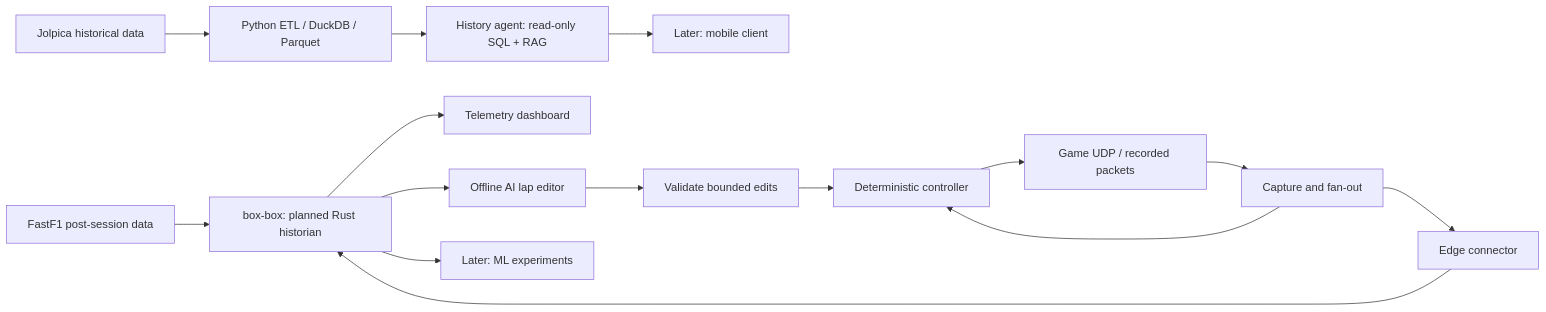
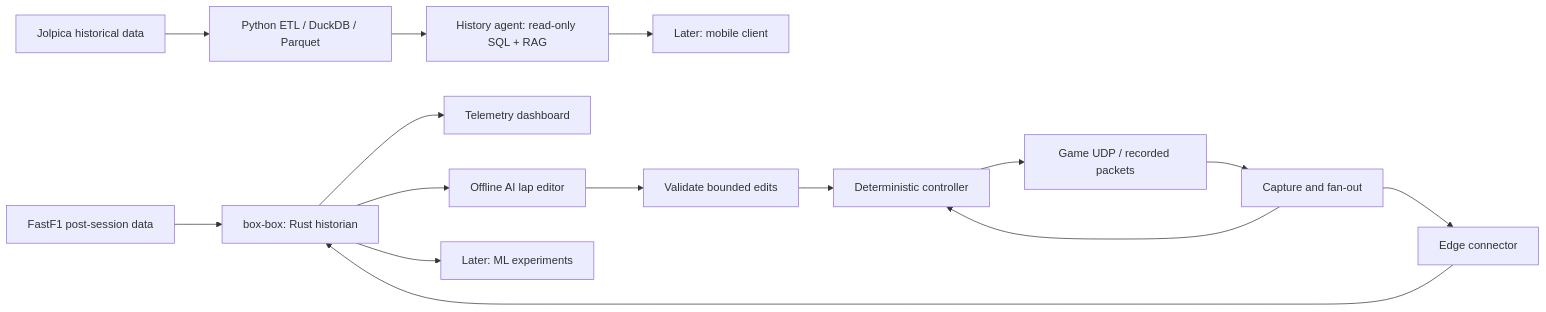
Before and after one commit to deepcode-data-intelligence/f1-portfolio: the diagram in README.md, drawn with Mermaid. The commit also changed other lines of this file and 17 other files, not shown here.

````diff
--- a/README.md
+++ b/README.md
@@ -15,17 +15,17 @@
 ```mermaid
 flowchart LR
  J[Jolpica historical data] --> E[Python ETL / DuckDB / Parquet]
  E --> A[History agent: read-only SQL + RAG]
- F[FastF1 post-session data] --> H[box-box: planned Rust historian]
+ F[FastF1 post-session data] --> H[box-box: Rust historian]
  G[Game UDP / recorded packets] --> C[Capture and fan-out]
  C --> S[Edge connector]
  S --> H
  H --> D[Telemetry dashboard]
  H --> L[Offline AI lap editor]
  L --> V[Validate bounded edits]
  V --> X[Deterministic controller]
  C --> X
  X --> G
  A --> M[Later: mobile client]
  H --> ML[Later: ML experiments]
 ```
````
